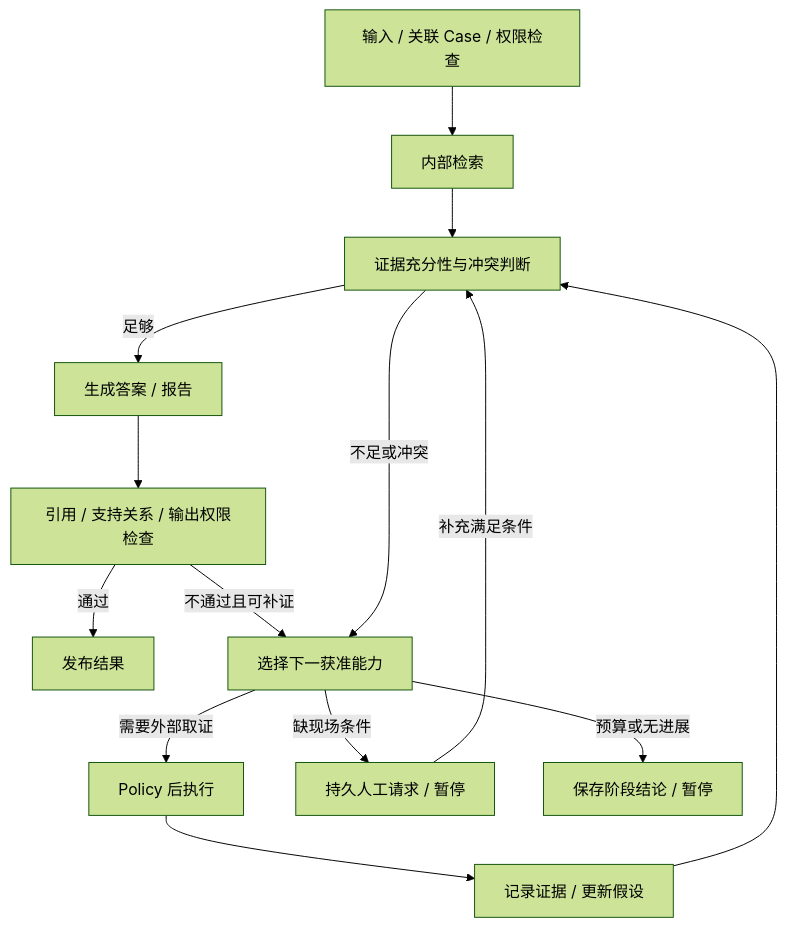
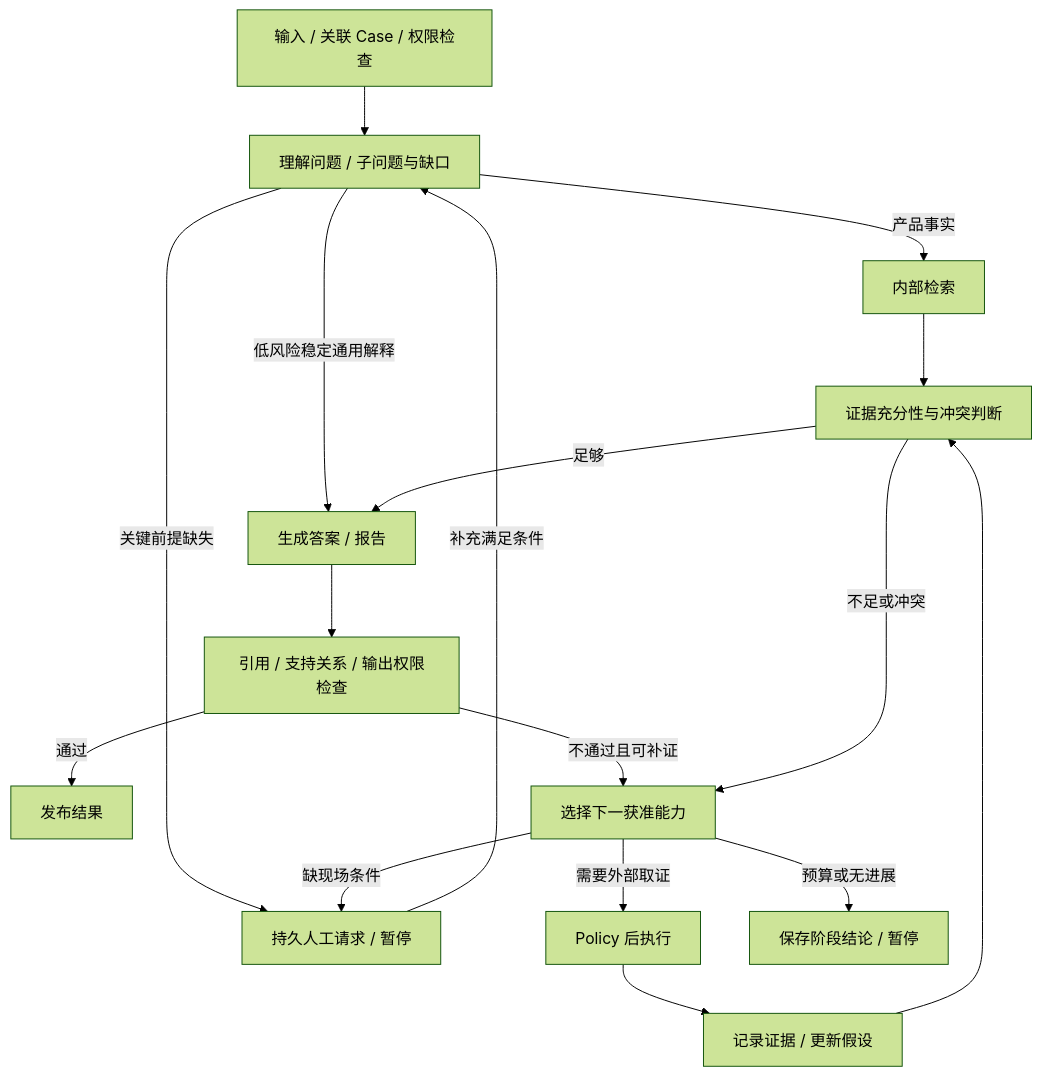
The diagram in docs/architecture/WORKFLOW-MODEL.md (zzkkoo8/xmg-qa2), drawn with Mermaid (forest theme) before and after one commit. The commit also changed other lines of this file and 18 other files, not shown here.

```diff
--- a/docs/architecture/WORKFLOW-MODEL.md
+++ b/docs/architecture/WORKFLOW-MODEL.md
@@ -11,16 +11,19 @@
 ~~~mermaid
 flowchart TD
-    I["输入 / 关联 Case / 权限检查"] --> K["内部检索"]
+    I["输入 / 关联 Case / 权限检查"] --> F["理解问题 / 子问题与缺口"]
+    F -->|"产品事实"| K["内部检索"]
+    F -->|"低风险稳定通用解释"| A
+    F -->|"关键前提缺失"| H
     K --> E["证据充分性与冲突判断"]
     E -->|"足够"| A["生成答案 / 报告"]
     A --> V["引用 / 支持关系 / 输出权限检查"]
     V -->|"通过"| R["发布结果"]
     V -->|"不通过且可补证"| P["选择下一获准能力"]
     E -->|"不足或冲突"| P
     P -->|"需要外部取证"| X["Policy 后执行"]
     X --> O["记录证据 / 更新假设"]
     O --> E
     P -->|"缺现场条件"| H["持久人工请求 / 暂停"]
-    H -->|"补充满足条件"| E
+    H -->|"补充满足条件"| F
     P -->|"预算或无进展"| S["保存阶段结论 / 暂停"]
 ~~~
```
